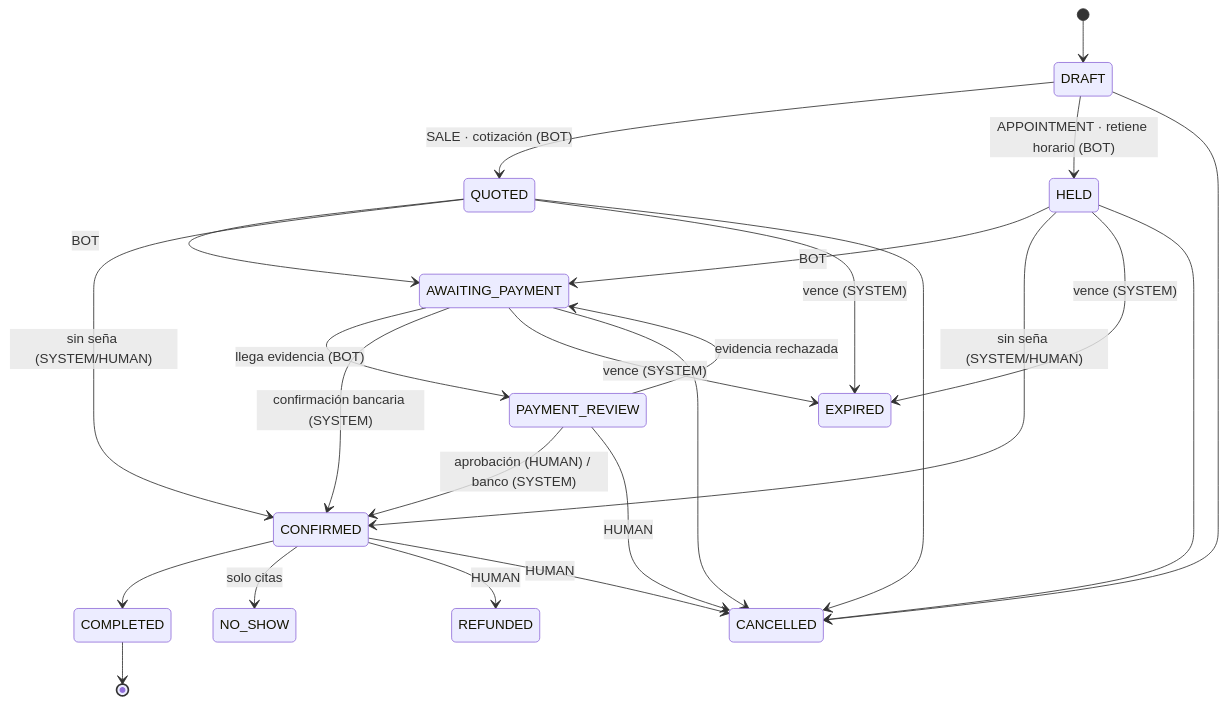
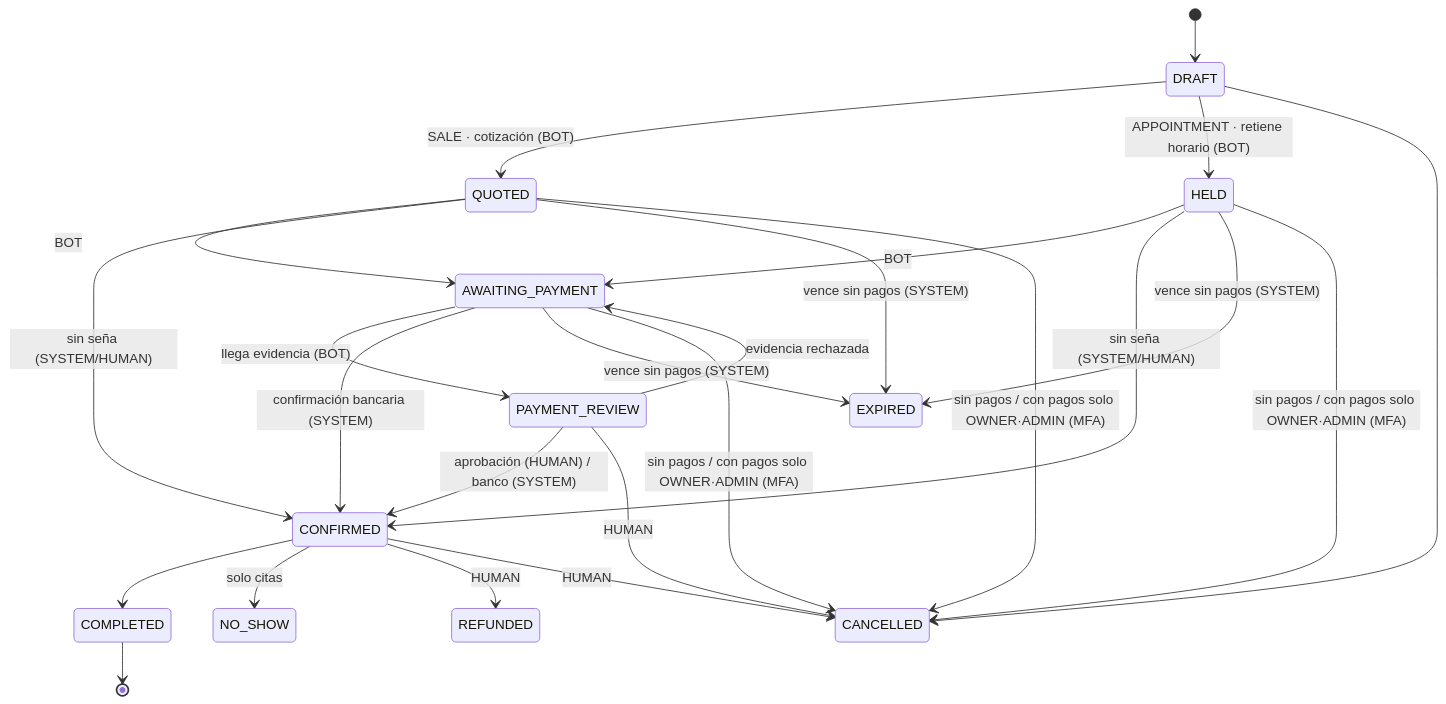
One commit to Adriana-HS/scz-b2b-core changed the seventh of 7 diagrams in SYSTEM_DESIGN.md. Above: the diagram before and after it, drawn with Mermaid. The commit also changed other lines of this file and 4 other files, not shown here.

First line of the commit message:
fix(db): una orden con pago parcial no se cancela ni vence sin OWNER/ADMIN con MFA

````diff
--- a/SYSTEM_DESIGN.md
+++ b/SYSTEM_DESIGN.md
@@ -396,27 +397,27 @@
 ```mermaid
 stateDiagram-v2
     [*] --> DRAFT
     DRAFT --> QUOTED: SALE · cotización (BOT)
     DRAFT --> HELD: APPOINTMENT · retiene horario (BOT)
     QUOTED --> AWAITING_PAYMENT: BOT
     HELD --> AWAITING_PAYMENT: BOT
     QUOTED --> CONFIRMED: sin seña (SYSTEM/HUMAN)
     HELD --> CONFIRMED: sin seña (SYSTEM/HUMAN)
     AWAITING_PAYMENT --> PAYMENT_REVIEW: llega evidencia (BOT)
     AWAITING_PAYMENT --> CONFIRMED: confirmación bancaria (SYSTEM)
     PAYMENT_REVIEW --> CONFIRMED: aprobación (HUMAN) / banco (SYSTEM)
     PAYMENT_REVIEW --> AWAITING_PAYMENT: evidencia rechazada
     CONFIRMED --> COMPLETED
     CONFIRMED --> NO_SHOW: solo citas
     CONFIRMED --> REFUNDED: HUMAN
-    QUOTED --> EXPIRED: vence (SYSTEM)
-    HELD --> EXPIRED: vence (SYSTEM)
-    AWAITING_PAYMENT --> EXPIRED: vence (SYSTEM)
+    QUOTED --> EXPIRED: vence sin pagos (SYSTEM)
+    HELD --> EXPIRED: vence sin pagos (SYSTEM)
+    AWAITING_PAYMENT --> EXPIRED: vence sin pagos (SYSTEM)
     DRAFT --> CANCELLED
-    QUOTED --> CANCELLED
-    HELD --> CANCELLED
-    AWAITING_PAYMENT --> CANCELLED
+    QUOTED --> CANCELLED: sin pagos / con pagos solo OWNER·ADMIN (MFA)
+    HELD --> CANCELLED: sin pagos / con pagos solo OWNER·ADMIN (MFA)
+    AWAITING_PAYMENT --> CANCELLED: sin pagos / con pagos solo OWNER·ADMIN (MFA)
     PAYMENT_REVIEW --> CANCELLED: HUMAN
     CONFIRMED --> CANCELLED: HUMAN
     COMPLETED --> [*]
 ```
````
